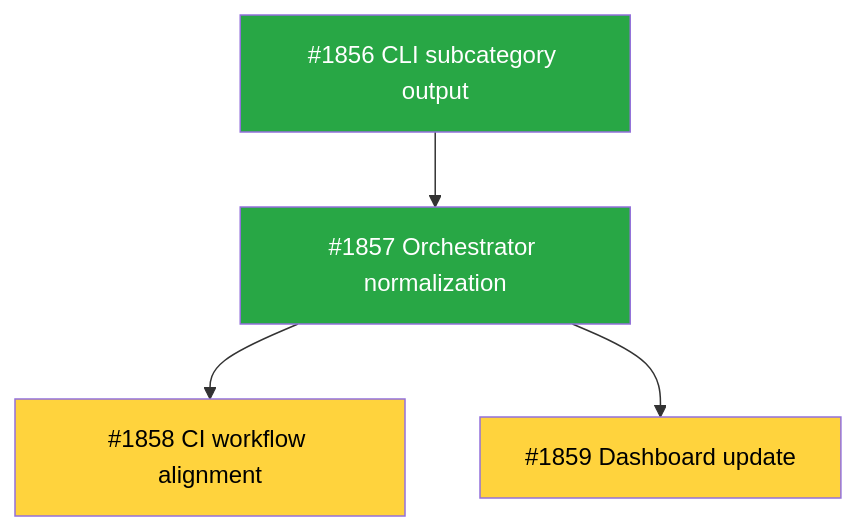
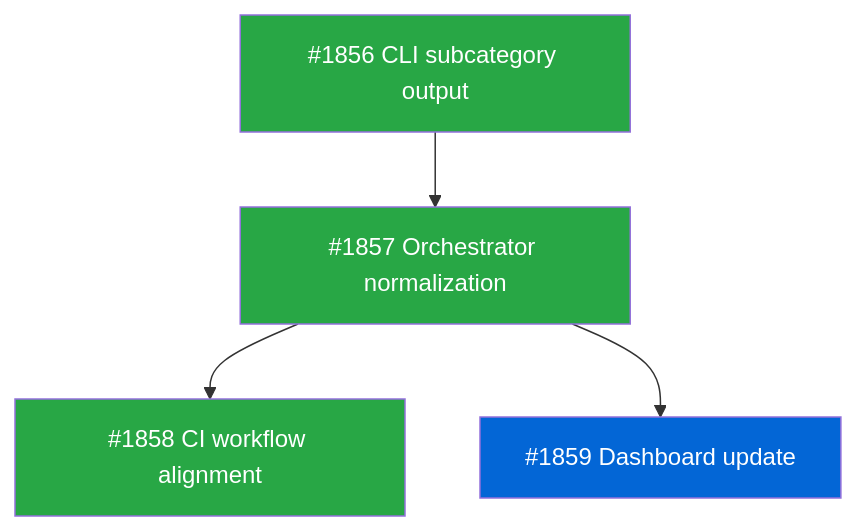
One commit to tsukumogami/tsuku changed the diagram in docs/designs/DESIGN-structured-error-subcategories.md. Above: the diagram before and after it, drawn with Mermaid. The commit also changed other lines of this file and 10 other files, not shown here.

````diff
--- a/docs/designs/DESIGN-structured-error-subcategories.md
+++ b/docs/designs/DESIGN-structured-error-subcategories.md
@@ -49,21 +49,21 @@
 ```mermaid
 graph TD
     classDef done fill:#28a745,color:#fff
     classDef ready fill:#0366d6,color:#fff
     classDef blocked fill:#ffd33d,color:#000
     classDef needsDesign fill:#6f42c1,color:#fff
 
     I1856["#1856 CLI subcategory output"]
     I1857["#1857 Orchestrator normalization"]
     I1858["#1858 CI workflow alignment"]
     I1859["#1859 Dashboard update"]
 
     I1856 --> I1857
     I1857 --> I1858
     I1857 --> I1859
 
     class I1856 done
     class I1857 done
-    class I1858 blocked
-    class I1859 blocked
+    class I1858 done
+    class I1859 ready
 ```
````
